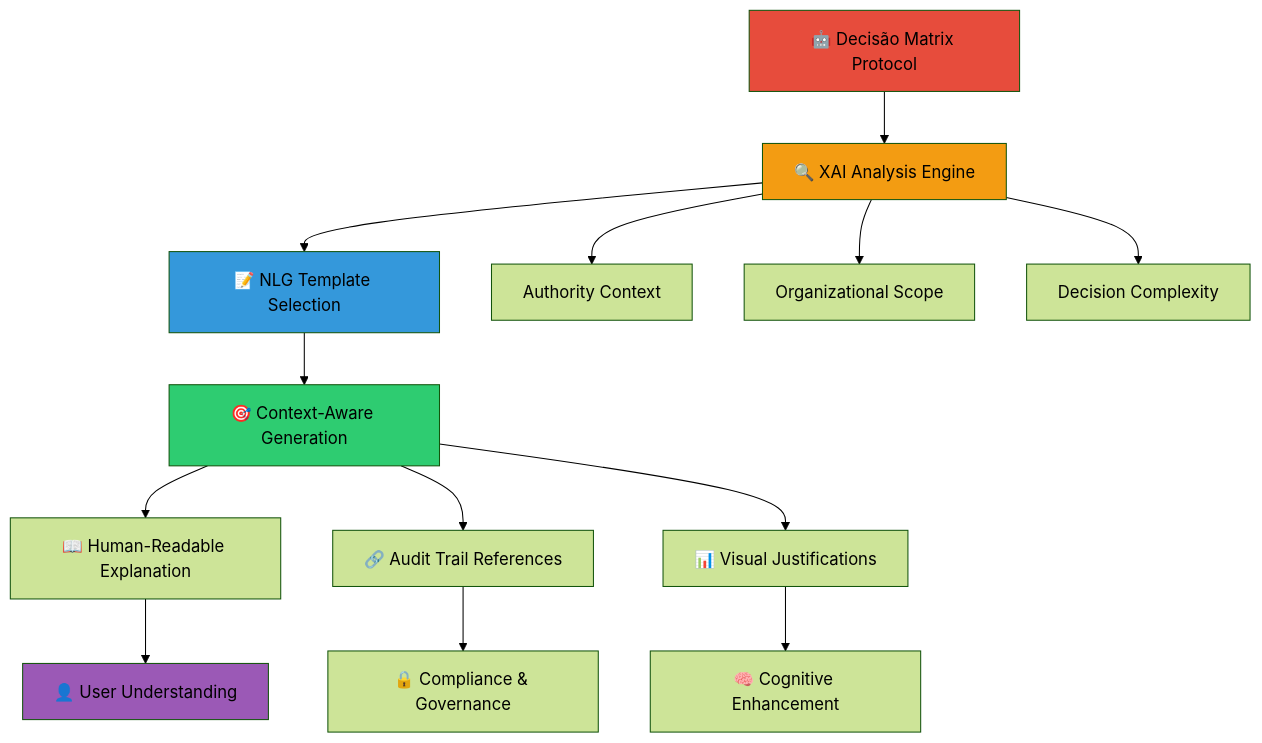
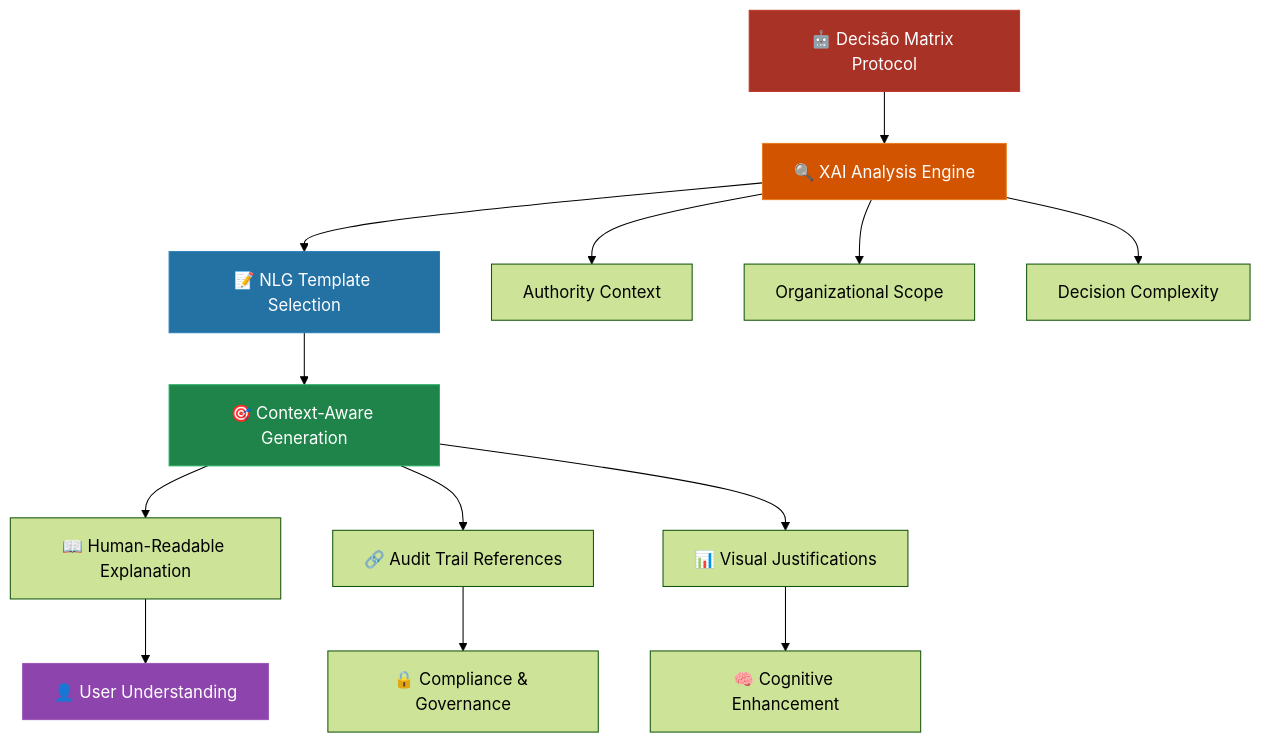
One commit to casheiro/matrix-protocol changed the first of 4 diagrams in content/pt/docs/manual/tools/explainability.md. Above: the diagram before and after it, drawn with Mermaid (forest theme). The commit also changed 36 other files, not shown here.

````diff
--- a/content/pt/docs/manual/tools/explainability.md
+++ b/content/pt/docs/manual/tools/explainability.md
@@ -38,24 +38,25 @@
 ```mermaid
 graph TD
     A[🤖 Decisão Matrix Protocol] --> B[🔍 XAI Analysis Engine]
     B --> C[📝 NLG Template Selection]
     C --> D[🎯 Context-Aware Generation]
     
     B --> B1[Authority Context]
     B --> B2[Organizational Scope]
     B --> B3[Decision Complexity]
     
     D --> E[📖 Human-Readable Explanation]
     D --> F[🔗 Audit Trail References]
     D --> G[📊 Visual Justifications]
     
     E --> H[👤 User Understanding]
     F --> I[🔒 Compliance & Governance]
     G --> J[🧠 Cognitive Enhancement]
     
-    style A fill:#e74c3c
-    style B fill:#f39c12
-    style C fill:#3498db
-    style D fill:#2ecc71
-    style H fill:#9b59b6
+    %% Arquitetura de explicabilidade - Fluxo funcional
+    style A fill:#A93226,stroke:#C0392B,color:#fff
+    style B fill:#D35400,stroke:#E67E22,color:#fff
+    style C fill:#2471A3,stroke:#2980B9,color:#fff
+    style D fill:#1E8449,stroke:#27AE60,color:#fff
+    style H fill:#8E44AD,stroke:#9B59B6,color:#fff
 ```
````
